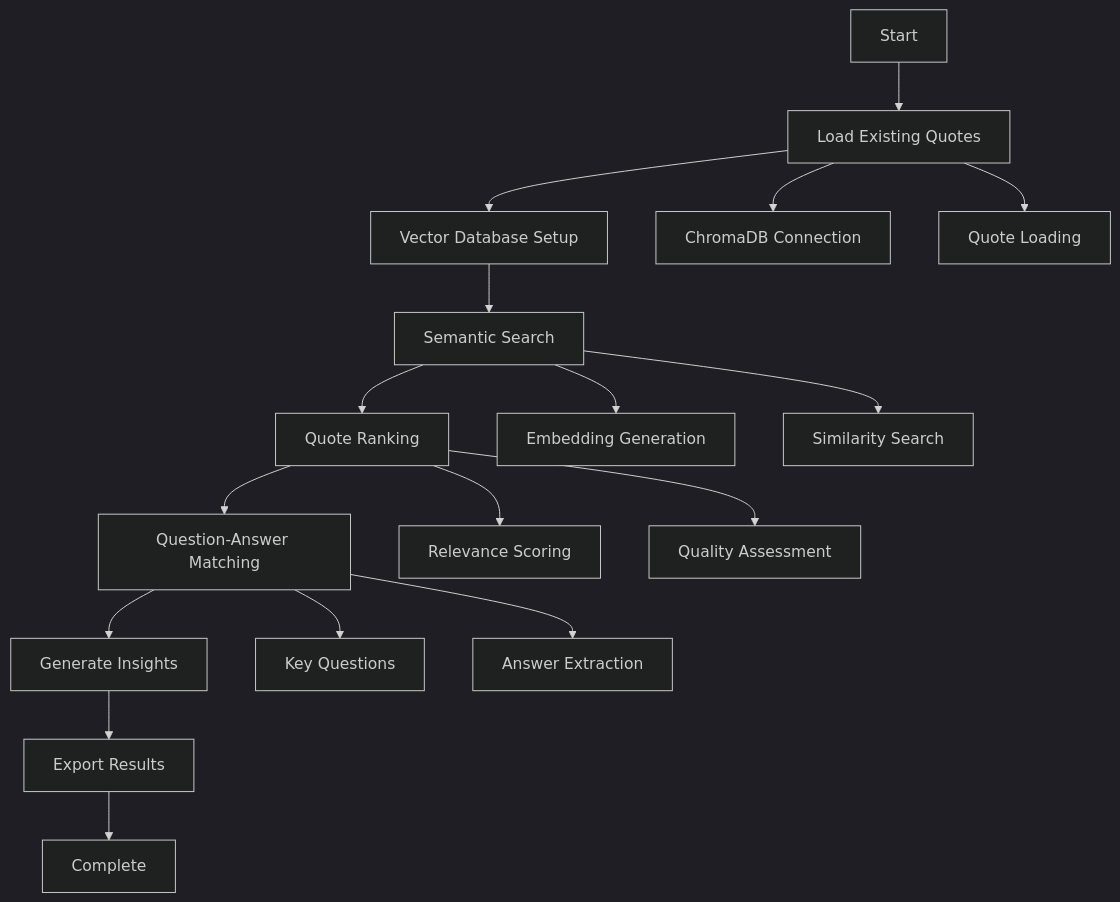
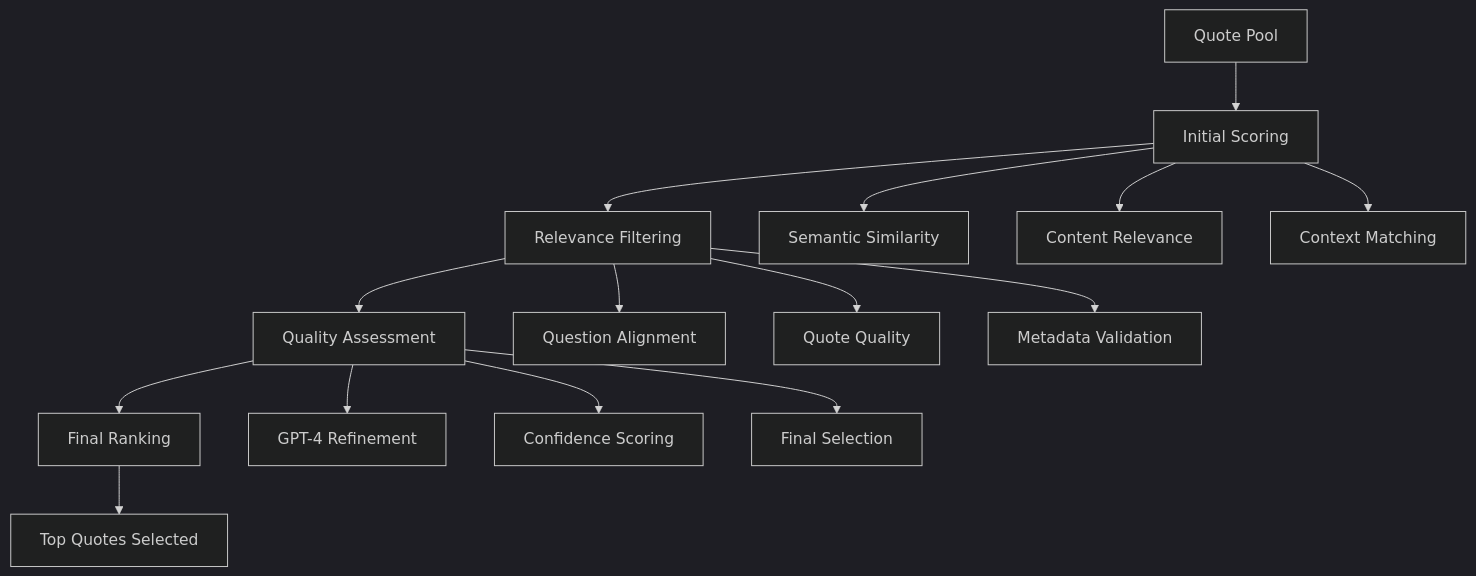
One commit to prodriguez1120/transcript-summary changed the fifth of 6 diagrams in WORKFLOW_MANIFEST.md. Above: the diagram before and after it, drawn with Mermaid (dark theme). The commit also changed other lines of this file and 52 other files, not shown here.

````diff
--- a/WORKFLOW_MANIFEST.md
+++ b/WORKFLOW_MANIFEST.md
@@ -100,23 +192,20 @@
 ```mermaid
 graph TD
-    A[Start] --> B[Load Existing Quotes]
-    B --> C[Vector Database Setup]
-    C --> D[Semantic Search]
-    D --> E[Quote Ranking]
-    E --> F[Question-Answer Matching]
-    F --> G[Generate Insights]
-    G --> H[Export Results]
-    H --> I[Complete]
+    A[Quote Pool] --> B[Initial Scoring]
+    B --> C[Relevance Filtering]
+    C --> D[Quality Assessment]
+    D --> E[Final Ranking]
+    E --> F[Top Quotes Selected]
     
-    B --> B1[ChromaDB Connection]
-    B --> B2[Quote Loading]
+    B --> B1[Semantic Similarity]
+    B --> B2[Content Relevance]
+    B --> B3[Context Matching]
     
-    D --> D1[Embedding Generation]
-    D --> D2[Similarity Search]
+    C --> C1[Question Alignment]
+    C --> C2[Quote Quality]
+    C --> C3[Metadata Validation]
     
-    E --> E1[Relevance Scoring]
-    E --> E2[Quality Assessment]
-    
-    F --> F1[Key Questions]
-    F --> F2[Answer Extraction]
+    D --> D1[GPT-4 Refinement]
+    D --> D2[Confidence Scoring]
+    D --> D3[Final Selection]
 ```
````
